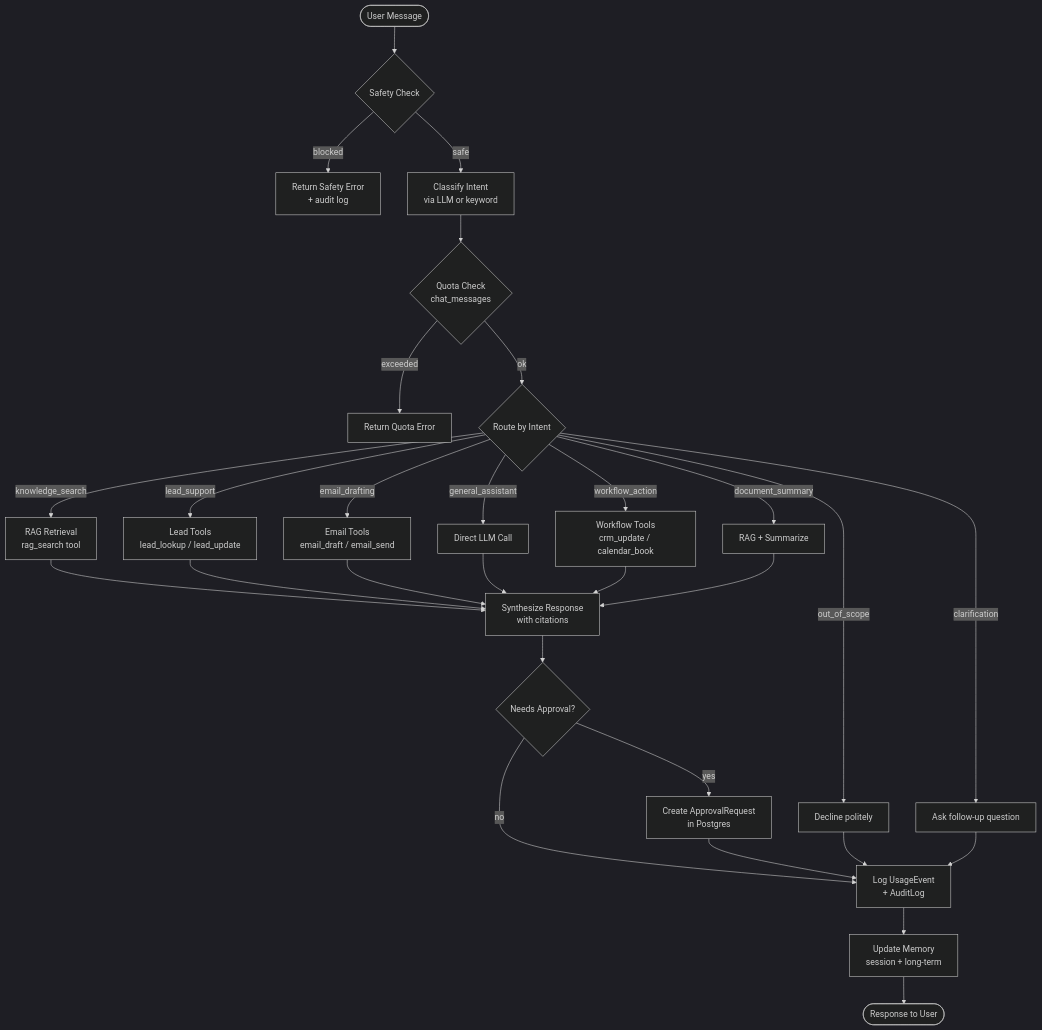
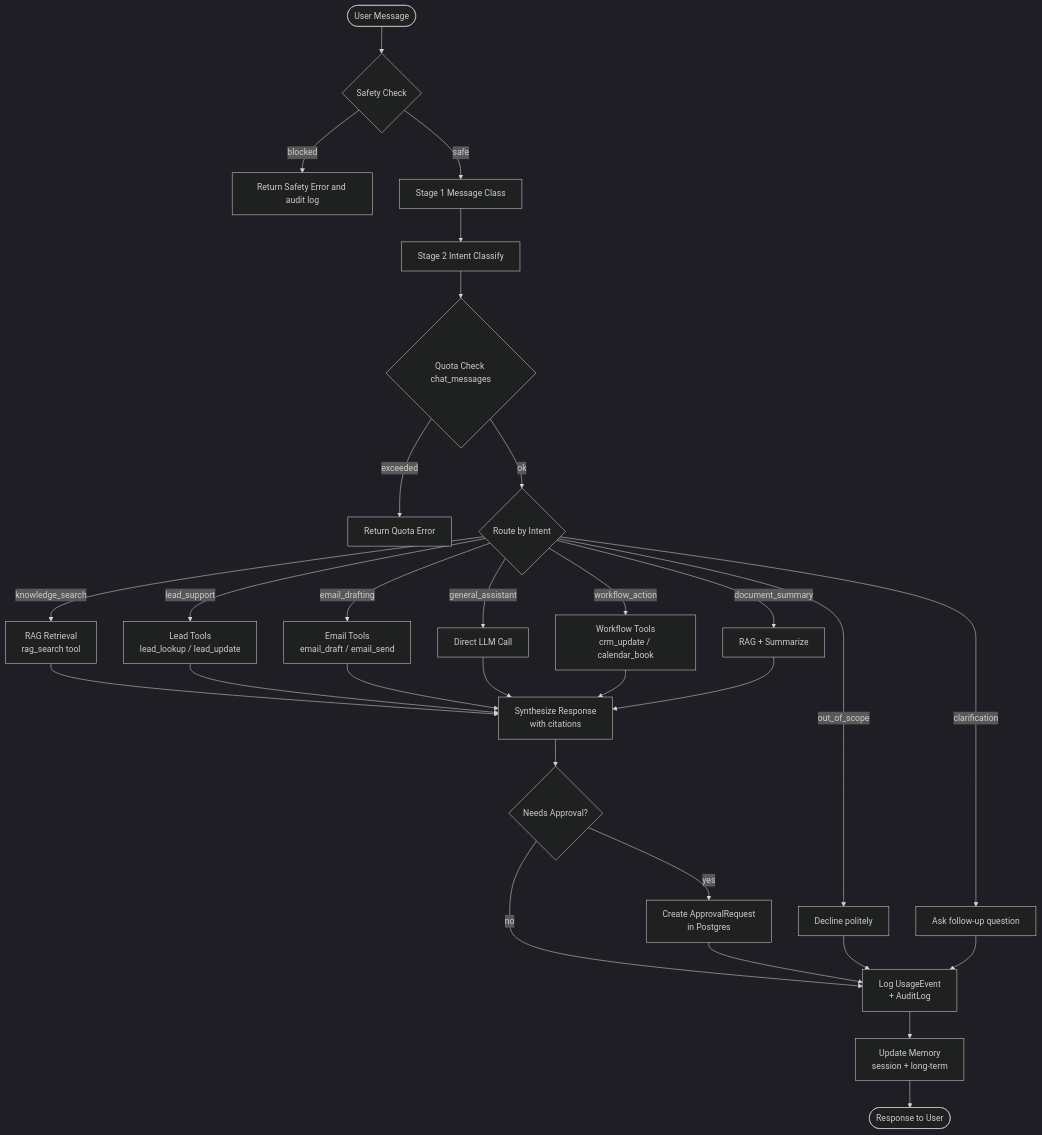
Before and after one commit to Fejjii/OnePilot-AI: the diagram in docs/agent_workflow.md, drawn with Mermaid (dark theme). The commit also changed other lines of this file and 53 other files, not shown here.

````diff
--- a/docs/agent_workflow.md
+++ b/docs/agent_workflow.md
@@ -51,35 +60,36 @@
 ```mermaid
 flowchart TD
     Start([User Message]) --> Safety{Safety Check}
-    Safety -->|blocked| Blocked[Return Safety Error\n+ audit log]
-    Safety -->|safe| Classify[Classify Intent\nvia LLM or keyword]
-    Classify --> QuotaCheck{Quota Check\n chat_messages}
+    Safety -->|blocked| Blocked[Return Safety Error and audit log]
+    Safety -->|safe| Stage1[Stage 1 Message Class]
+    Stage1 --> Stage2[Stage 2 Intent Classify]
+    Stage2 --> QuotaCheck{Quota Check chat_messages}
     QuotaCheck -->|exceeded| QuotaError[Return Quota Error]
     QuotaCheck -->|ok| Route{Route by Intent}
 
     Route -->|knowledge_search| RAG[RAG Retrieval\nrag_search tool]
     Route -->|lead_support| LeadTool[Lead Tools\nlead_lookup / lead_update]
     Route -->|email_drafting| EmailTool[Email Tools\nemail_draft / email_send]
     Route -->|general_assistant| LLM[Direct LLM Call]
     Route -->|workflow_action| WorkflowTools[Workflow Tools\ncrm_update / calendar_book]
     Route -->|document_summary| SummaryTool[RAG + Summarize]
     Route -->|out_of_scope| OutOfScope[Decline politely]
     Route -->|clarification| Clarify[Ask follow-up question]
 
     RAG --> Synthesize[Synthesize Response\nwith citations]
     LeadTool --> Synthesize
     EmailTool --> Synthesize
     LLM --> Synthesize
     WorkflowTools --> Synthesize
     SummaryTool --> Synthesize
 
     Synthesize --> ApprovalCheck{Needs Approval?}
     ApprovalCheck -->|yes| CreateApproval[Create ApprovalRequest\nin Postgres]
     ApprovalCheck -->|no| Finalize
 
     CreateApproval --> Finalize[Log UsageEvent\n+ AuditLog]
     OutOfScope --> Finalize
     Clarify --> Finalize
     Finalize --> Memory[Update Memory\nsession + long-term]
     Memory --> Done([Response to User])
 ```
````
